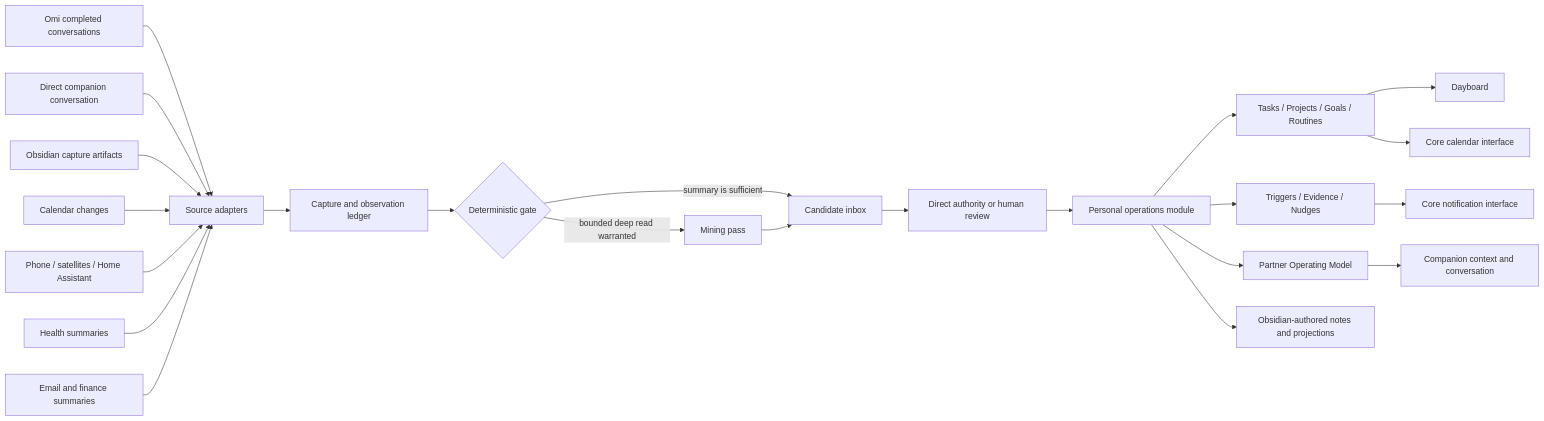
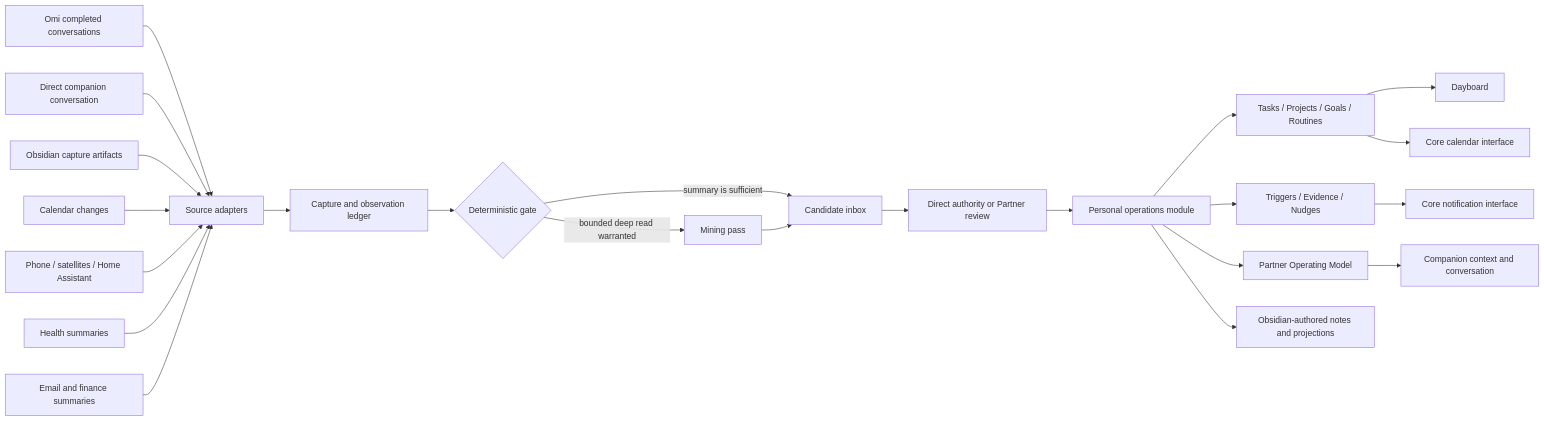
Before and after one commit to CGIC-AI/psfn-framework: the diagram in docs/productivity-pack.md, drawn with Mermaid. The commit also changed other lines of this file and 14 other files, not shown here.

````diff
--- a/docs/productivity-pack.md
+++ b/docs/productivity-pack.md
@@ -250,36 +250,36 @@
 ```mermaid
 flowchart LR
     OMI[Omi completed conversations]
     DIRECT[Direct companion conversation]
     VAULT[Obsidian capture artifacts]
     CAL[Calendar changes]
     WORLD[Phone / satellites / Home Assistant]
     HEALTH[Health summaries]
     MAIL[Email and finance summaries]
 
     OMI --> ADAPTERS[Source adapters]
     DIRECT --> ADAPTERS
     VAULT --> ADAPTERS
     CAL --> ADAPTERS
     WORLD --> ADAPTERS
     HEALTH --> ADAPTERS
     MAIL --> ADAPTERS
 
     ADAPTERS --> CAPTURE[Capture and observation ledger]
     CAPTURE --> GATE{Deterministic gate}
     GATE -->|summary is sufficient| CANDIDATES[Candidate inbox]
     GATE -->|bounded deep read warranted| MINER[Mining pass]
     MINER --> CANDIDATES
-    CANDIDATES --> REVIEW[Direct authority or human review]
+    CANDIDATES --> REVIEW[Direct authority or Partner review]
     REVIEW --> OPS[Personal operations module]
 
     OPS --> TASKS[Tasks / Projects / Goals / Routines]
     OPS --> TRIGGERS[Triggers / Evidence / Nudges]
     OPS --> MODEL[Partner Operating Model]
 
     TASKS --> DAYBOARD[Dayboard]
     TASKS --> CALENDAR[Core calendar interface]
     TRIGGERS --> NOTIFY[Core notification interface]
     MODEL --> COMPANION[Companion context and conversation]
     OPS --> OBSIDIAN[Obsidian-authored notes and projections]
 ```
````
